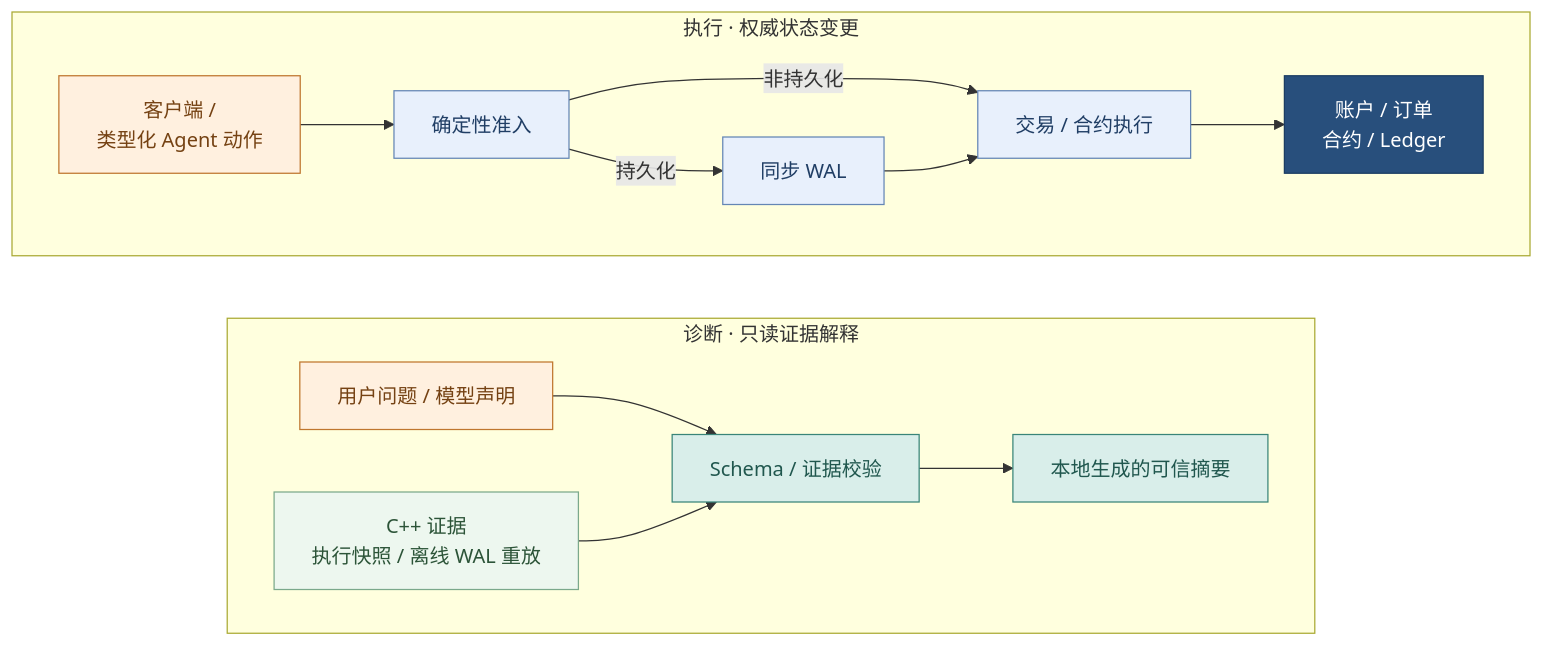
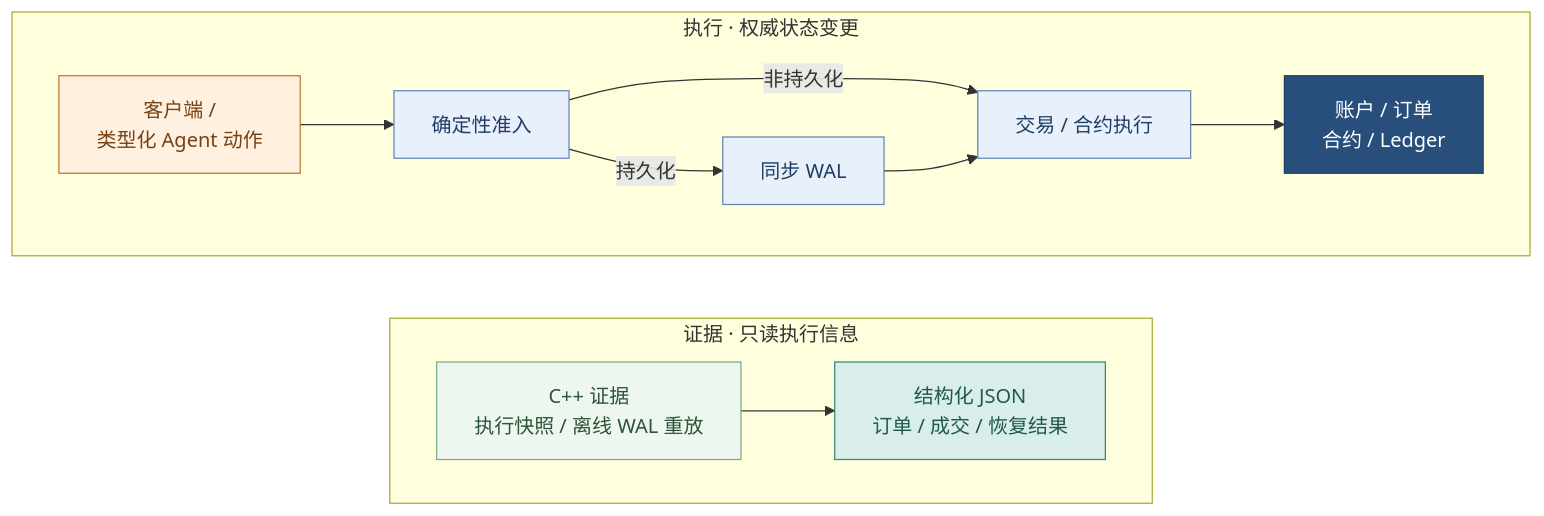
The diagram in README.md (guangong789/Exchange), drawn with Mermaid before and after one commit. The commit also changed other lines of this file and 38 other files, not shown here.

````diff
--- a/README.md
+++ b/README.md
@@ -11,31 +11,29 @@
 ```mermaid
 flowchart TB
     subgraph execution_path["执行 · 权威状态变更"]
         direction LR
         client["客户端 /<br/>类型化 Agent 动作"] --> admission["确定性准入"]
         admission -->|持久化| wal["同步 WAL"]
         admission -->|非持久化| apply["交易 / 合约执行"]
         wal --> apply
         apply --> state["账户 / 订单<br/>合约 / Ledger"]
     end
 
-    subgraph diagnostics_path["诊断 · 只读证据解释"]
+    subgraph evidence_path["证据 · 只读执行信息"]
         direction LR
-        claims["用户问题 / 模型声明"] --> validation["Schema / 证据校验"]
-        evidence["C++ 证据<br/>执行快照 / 离线 WAL 重放"] --> validation
-        validation --> summary["本地生成的可信摘要"]
+        evidence["C++ 证据<br/>执行快照 / 离线 WAL 重放"] --> records["结构化 JSON<br/>订单 / 成交 / 恢复结果"]
     end
 
-    execution_path ~~~ diagnostics_path
+    execution_path ~~~ evidence_path
 
     classDef intent fill:#fff0df,stroke:#bf762e,color:#754213
     classDef execution fill:#e8f0fc,stroke:#6486b5,color:#203e65
     classDef state fill:#284f7c,stroke:#1c3d62,color:#ffffff
     classDef evidence fill:#edf7ef,stroke:#7ba98b,color:#2c5438
-    classDef trusted fill:#d9eeea,stroke:#398579,color:#20574e
-    class client,claims intent
+    classDef output fill:#d9eeea,stroke:#398579,color:#20574e
+    class client intent
     class admission,wal,apply execution
     class state state
     class evidence evidence
-    class validation,summary trusted
+    class records output
 ```
````
